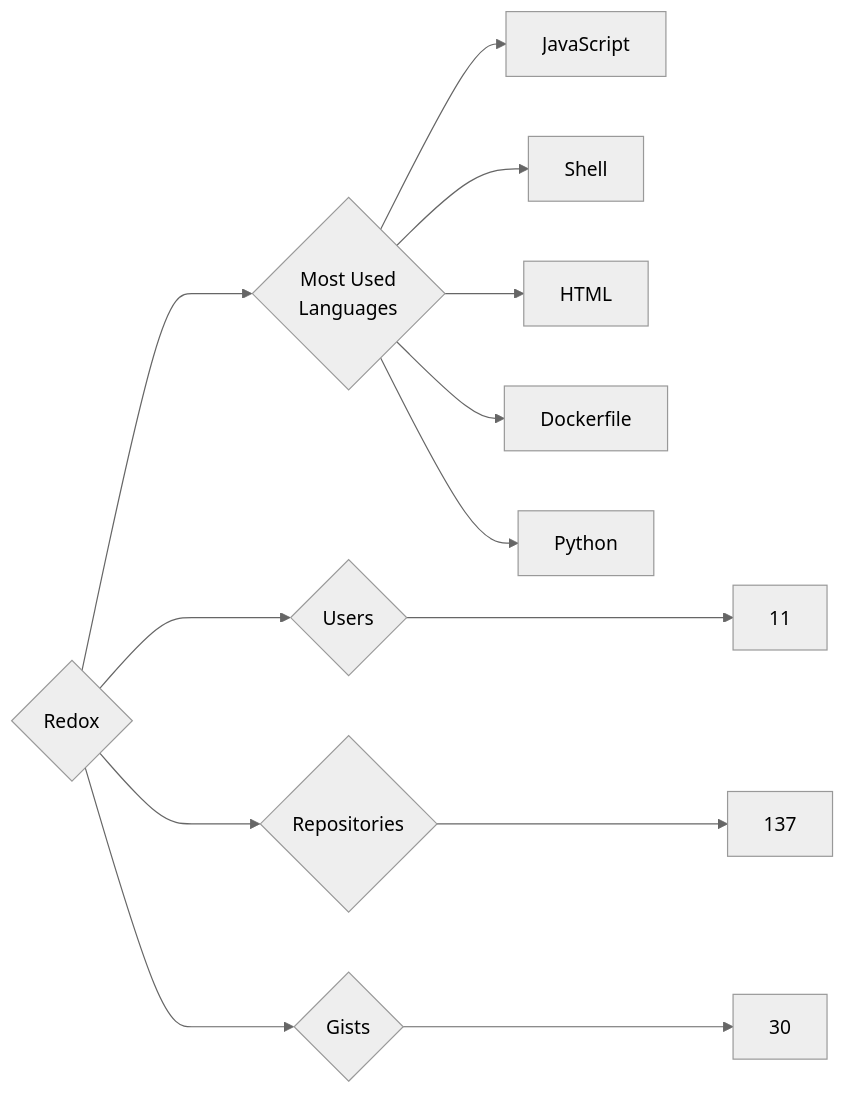
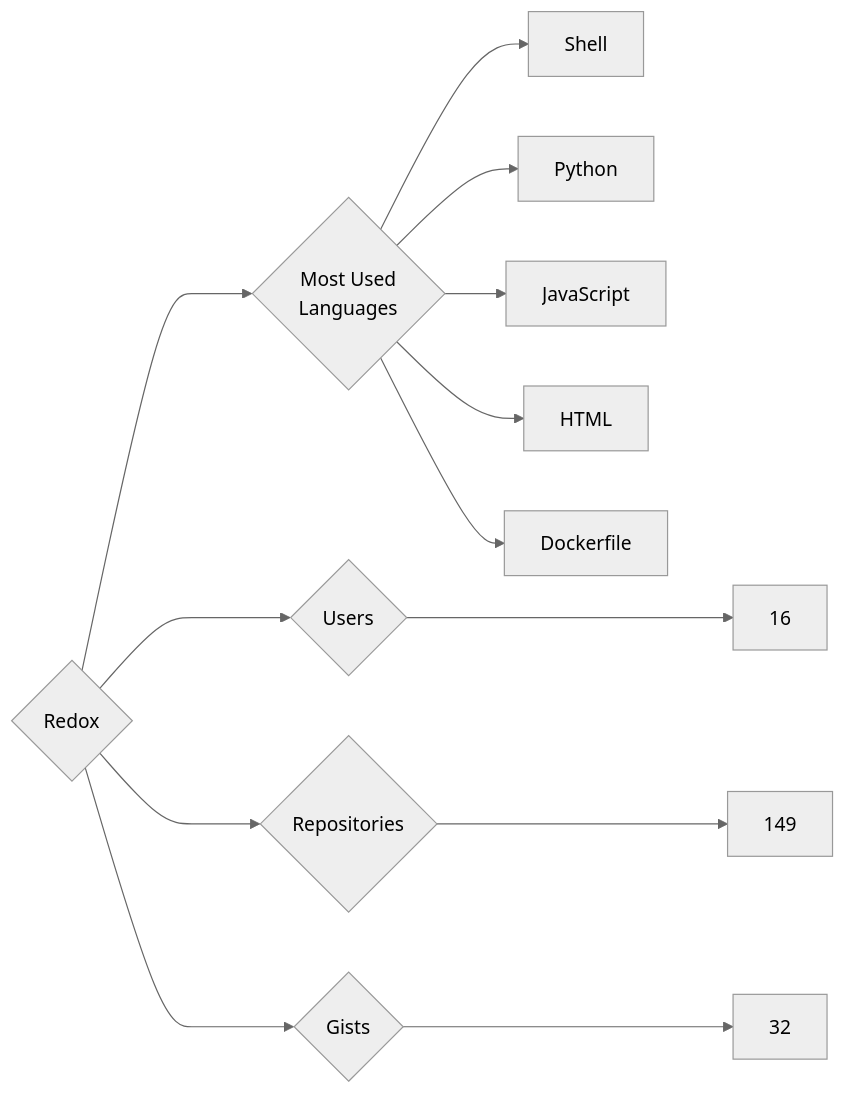
One commit to trickest/insiders changed the diagram in targets/Redox/README.md. Above: the diagram before and after it, drawn with Mermaid (neutral theme). The commit also changed 534 other files, not shown here.

````diff
--- a/targets/Redox/README.md
+++ b/targets/Redox/README.md
@@ -3,13 +3,13 @@
 ```mermaid
 graph LR
 COMPANY_NAME{Redox}
-COMPANY_NAME ---> U{Users} ---> UN[11]
-COMPANY_NAME ---> R{Repositories} ---> RN[137]
-COMPANY_NAME ---> G{Gists} ---> GN[30]
+COMPANY_NAME ---> U{Users} ---> UN[16]
+COMPANY_NAME ---> R{Repositories} ---> RN[149]
+COMPANY_NAME ---> G{Gists} ---> GN[32]
 COMPANY_NAME ---> ML{Most Used<br>Languages}
+ML --> Shell[Shell]
+ML --> Python[Python]
 ML --> JavaScript[JavaScript]
-ML --> Shell[Shell]
 ML --> HTML[HTML]
 ML --> Dockerfile[Dockerfile]
-ML --> Python[Python]
 ```
````
